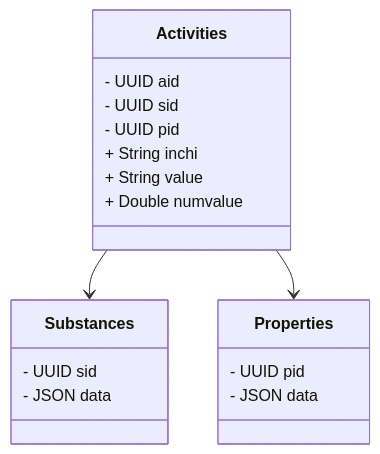
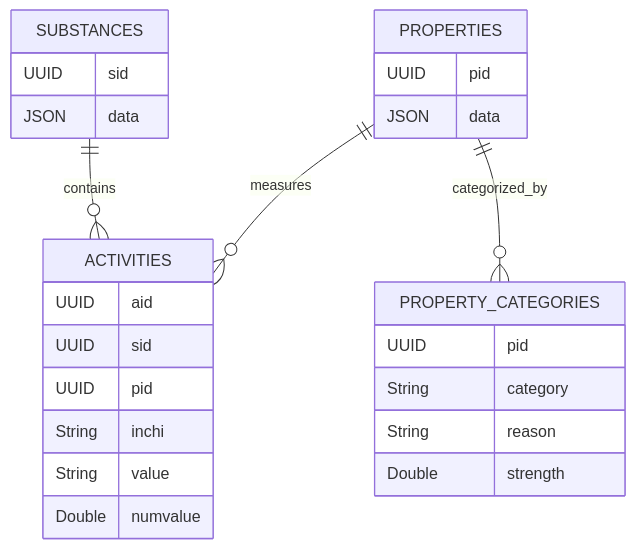
Before and after one commit to biobricks-ai/chemharmony: the diagram in README.md, drawn with Mermaid. The commit also changed other lines of this file and 5 other files, not shown here.

Commit message:
added property_categories

````diff
--- a/README.md
+++ b/README.md
@@ -6,26 +6,34 @@
 ```mermaid
-classDiagram
+erDiagram
 
-    class Substances{
-        - UUID sid
-        - JSON data
+    SUBSTANCES {
+        UUID sid
+        JSON data
     }
 
-    class Properties{
-        - UUID pid
-        - JSON data
+    PROPERTIES {
+        UUID pid
+        JSON data
     }
 
-    class Activities{
-        - UUID aid 
-        - UUID sid
-        - UUID pid
-        + String inchi
-        + String value
-        + Double numvalue
+    PROPERTY_CATEGORIES {
+        UUID pid
+        String category
+        String reason
+        Double strength
     }
 
-    Activities --> Substances
-    Activities --> Properties
+    ACTIVITIES {
+        UUID aid
+        UUID sid
+        UUID pid
+        String inchi
+        String value
+        Double numvalue
+    }
+
+    SUBSTANCES ||--o{ ACTIVITIES : contains
+    PROPERTIES ||--o{ ACTIVITIES : measures
+    PROPERTIES ||--o{ PROPERTY_CATEGORIES : categorized_by
 
 ```
````
